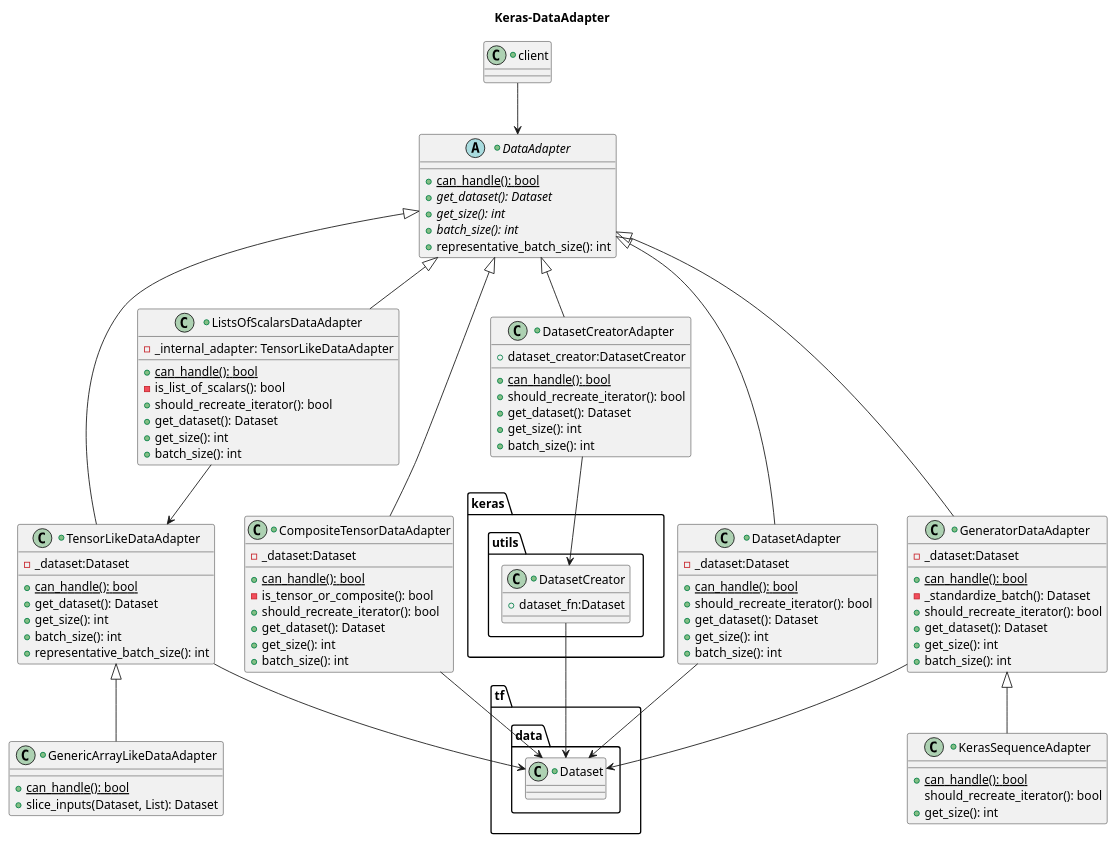
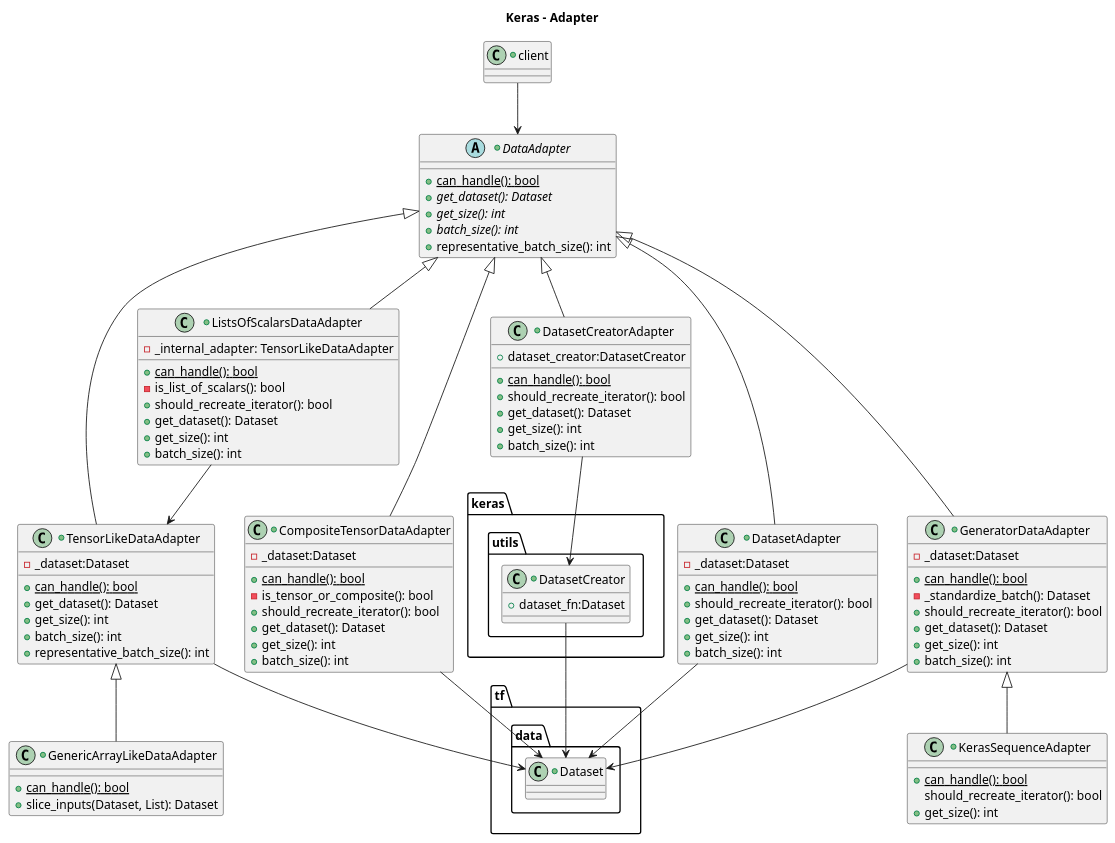
Before and after one commit to pholpaphankorn/keras_softarch_assignment: the diagram in uml_diagram/src/keras_data_adapter.puml, drawn with PlantUML. The commit also changed 3 other files, not shown here.

```diff
--- a/uml_diagram/src/keras_data_adapter.puml
+++ b/uml_diagram/src/keras_data_adapter.puml
@@ -1,99 +1,99 @@
 @startuml
 
-title Keras-DataAdapter
+title Keras - Adapter
 
 +class tf.data.Dataset {
 }
 +class keras.utils.DatasetCreator {
 + dataset_fn:Dataset
 }
 
 +class client {
     
 }
 
 +abstract class DataAdapter {
     +{static} can_handle(): bool
     +{abstract} get_dataset(): Dataset
     +{abstract} get_size(): int
     +{abstract} batch_size(): int
     +representative_batch_size(): int
 }
 
 +class TensorLikeDataAdapter extends DataAdapter {
     -_dataset:Dataset
     +{static} can_handle(): bool
     +get_dataset(): Dataset
     +get_size(): int
     +batch_size(): int
     +representative_batch_size(): int
 }
 
 
 
 +class CompositeTensorDataAdapter extends DataAdapter {
    -_dataset:Dataset
     +{static} can_handle(): bool
     - is_tensor_or_composite(): bool
     +should_recreate_iterator(): bool
     +get_dataset(): Dataset
     +get_size(): int
     +batch_size(): int
 }
 
 +class ListsOfScalarsDataAdapter extends DataAdapter {
     -_internal_adapter: TensorLikeDataAdapter
     +{static} can_handle(): bool
     -is_list_of_scalars(): bool
     +should_recreate_iterator(): bool
     +get_dataset(): Dataset
     +get_size(): int
     +batch_size(): int
 }
 
 +class DatasetAdapter extends DataAdapter {
     -_dataset:Dataset
     +{static} can_handle(): bool
     +should_recreate_iterator(): bool
     +get_dataset(): Dataset
     +get_size(): int
     +batch_size(): int
 }
 
 +class GeneratorDataAdapter extends DataAdapter {
     -_dataset:Dataset
     +{static} can_handle(): bool
     -_standardize_batch(): Dataset
     +should_recreate_iterator(): bool
     +get_dataset(): Dataset
     +get_size(): int
     +batch_size(): int
 }
 
 +class DatasetCreatorAdapter extends DataAdapter {
     +dataset_creator:DatasetCreator
     +{static} can_handle(): bool
     +should_recreate_iterator(): bool
     +get_dataset(): Dataset
     +get_size(): int
     +batch_size(): int
 }
 +class GenericArrayLikeDataAdapter extends TensorLikeDataAdapter {
     +{static} can_handle(): bool
     +slice_inputs(Dataset, List): Dataset 
 }
 +class KerasSequenceAdapter extends GeneratorDataAdapter {
     +{static} can_handle(): bool
     should_recreate_iterator(): bool
     +get_size(): int
 }
 
 client --> DataAdapter
 TensorLikeDataAdapter --> tf.data.Dataset
 CompositeTensorDataAdapter --> tf.data.Dataset
 GeneratorDataAdapter-->tf.data.Dataset
 ListsOfScalarsDataAdapter-->TensorLikeDataAdapter
 DatasetAdapter-->tf.data.Dataset
 DatasetCreatorAdapter-->keras.utils.DatasetCreator
 keras.utils.DatasetCreator-->tf.data.Dataset
 @enduml
```
